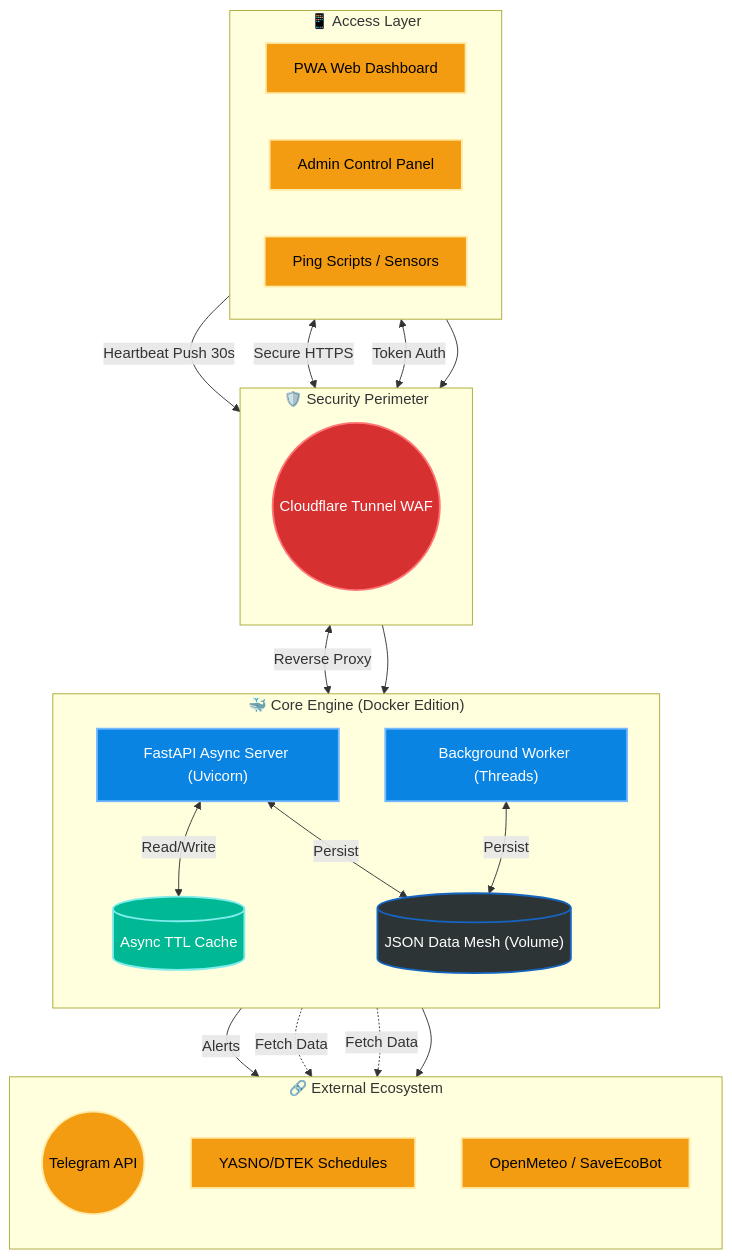
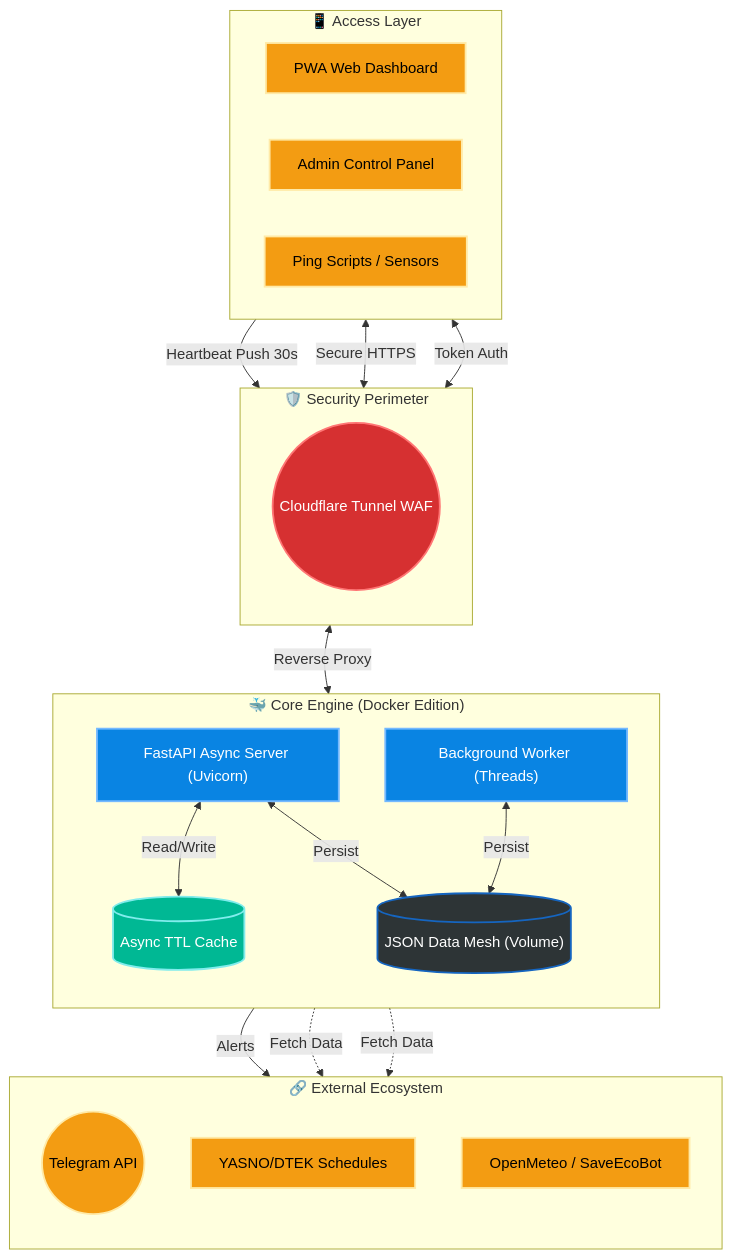
One commit to weby-homelab/flash-monitor-kyiv changed the diagram in README.md. Above: the diagram before and after it, drawn with Mermaid. The commit also changed 1 other file, not shown here.

Commit message:
docs: adjust mermaid layout to enforce External Ecosystem strictly below Core Engine

````diff
--- a/README.md
+++ b/README.md
@@ -83,61 +83,60 @@
 ```mermaid
 graph TD
     %% -- Styles --
     classDef cloud fill:#2d3436,stroke:#7b1fa2,stroke-width:2px,color:#fff
     classDef local fill:#2d3436,stroke:#1565c0,stroke-width:2px,color:#fff
     classDef service fill:#0984e3,stroke:#74b9ff,stroke-width:2px,color:#fff
     classDef security fill:#d63031,stroke:#ff7675,stroke-width:2px,color:#fff
     classDef network fill:#00b894,stroke:#81ecec,stroke-width:2px,color:#fff
     classDef external fill:#f39c12,stroke:#ffeaa7,stroke-width:2px,color:#000
 
     %% -- External & Access Layer --
     subgraph Access ["📱 Access Layer"]
         direction LR
         PWA["PWA Web Dashboard"]:::external
         ADM["Admin Control Panel"]:::external
         IoT["Ping Scripts / Sensors"]:::external
     end
 
     %% -- Security Perimeter --
     subgraph Security ["🛡️ Security Perimeter"]
         direction TB
         CF(("Cloudflare Tunnel WAF")):::security
     end
 
     %% -- Core Application (Docker) --
     subgraph Core ["🐳 Core Engine (Docker Edition)"]
         direction TB
         WEB["FastAPI Async Server (Uvicorn)"]:::service
         WORKER["Background Worker (Threads)"]:::service
         CACHE[("Async TTL Cache")]:::network
         JSON[("JSON Data Mesh (Volume)")]:::local
     end
 
     %% -- External APIs --
     subgraph API ["🔗 External Ecosystem"]
         direction TB
         TG(("Telegram API")):::external
         YASNO["YASNO/DTEK Schedules"]:::external
         WEATHER["OpenMeteo / SaveEcoBot"]:::external
     end
 
     %% -- Relationships --
     IoT -->|Heartbeat Push 30s| CF
     PWA <-->|Secure HTTPS| CF
     ADM <-->|Token Auth| CF
 
     CF <-->|Reverse Proxy| WEB
     
     WEB <-->|Read/Write| CACHE
     WEB <-->|Persist| JSON
     
     WORKER <-->|Persist| JSON
     WORKER -->|Alerts| TG
     WORKER -.->|Fetch Data| YASNO
     WORKER -.->|Fetch Data| WEATHER
 
     %% Layout adjustments
-    Access --> Security
-    Security --> Core
-    Core --> API
+    CF ~~~ WEB
+    JSON ~~~ TG
 ```
````
